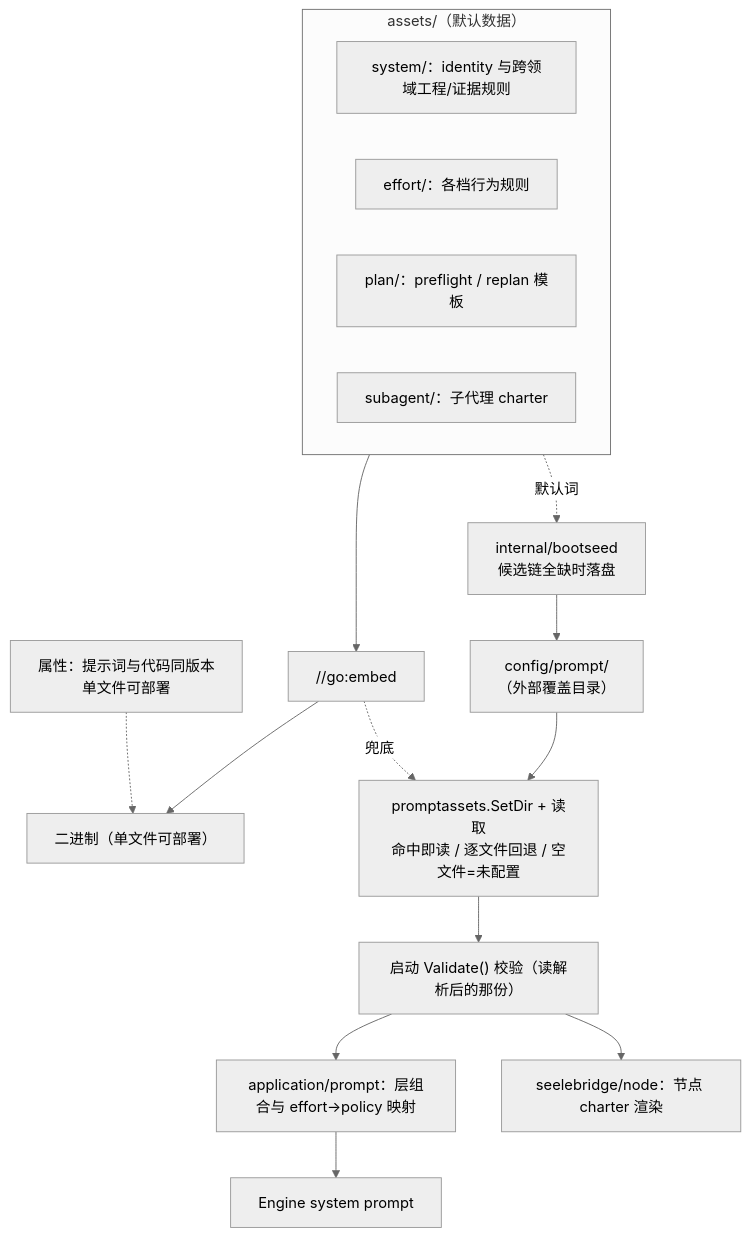
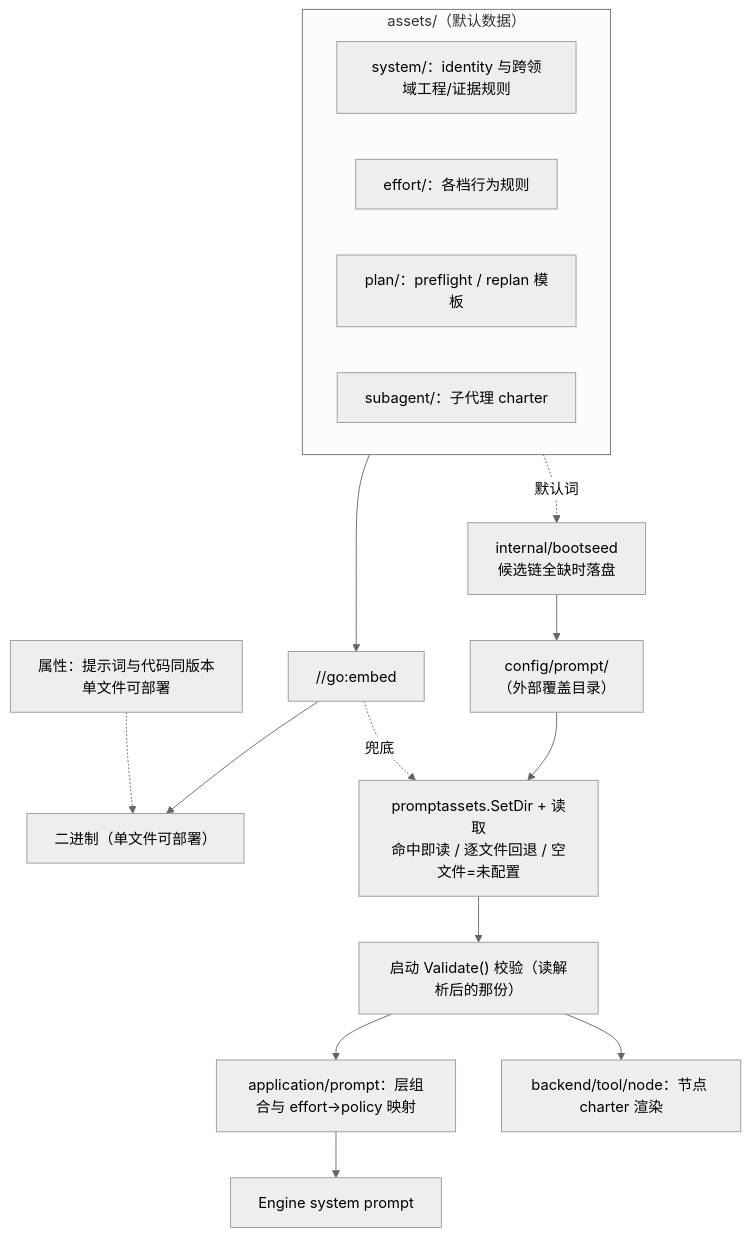
One commit to RedHuang-0622/seelex changed the diagram in internal/promptassets/README.md. Above: the diagram before and after it, drawn with Mermaid (neutral theme). The commit also changed 43 other files, not shown here.

````diff
--- a/internal/promptassets/README.md
+++ b/internal/promptassets/README.md
@@ -33,21 +33,21 @@
 ```mermaid
 flowchart TB
     subgraph ASSETS["assets/（默认数据）"]
         SYS["system/：identity 与跨领域工程/证据规则"]
         EFF["effort/：各档行为规则"]
         PLAN["plan/：preflight / replan 模板"]
         SUB["subagent/：子代理 charter"]
     end
 
     EMBED["//go:embed"] --> BIN["二进制（单文件可部署）"]
     ASSETS --> EMBED
     ASSETS -.->|默认词| BOOT["internal/bootseed<br/>候选链全缺时落盘"]
     BOOT --> DIR["config/prompt/<br/>（外部覆盖目录）"]
     DIR --> LOAD["promptassets.SetDir + 读取<br/>命中即读 / 逐文件回退 / 空文件=未配置"]
     EMBED -.->|兜底| LOAD
     LOAD --> VAL["启动 Validate() 校验（读解析后的那份）"]
     VAL --> PROMPT["application/prompt：层组合与 effort→policy 映射"]
-    VAL --> NODE["seelebridge/node：节点 charter 渲染"]
+    VAL --> NODE["backend/tool/node：节点 charter 渲染"]
     PROMPT --> ENGINE["Engine system prompt"]
     NOTE["属性：提示词与代码同版本<br/>单文件可部署"] -.-> BIN
 ```
````
